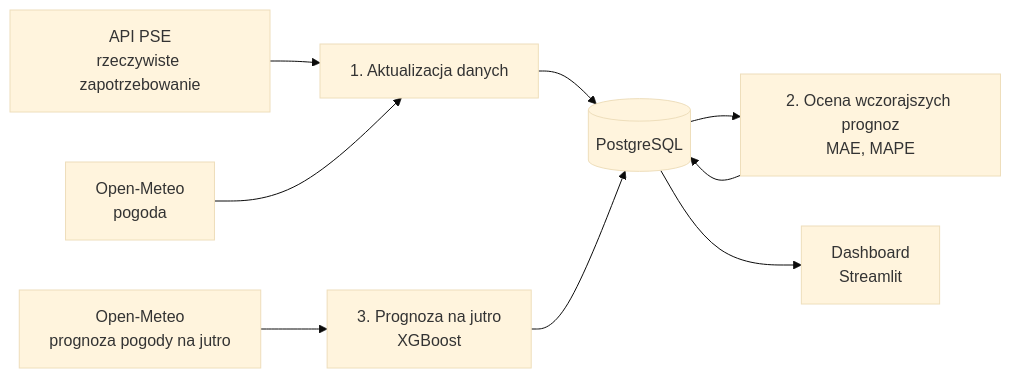
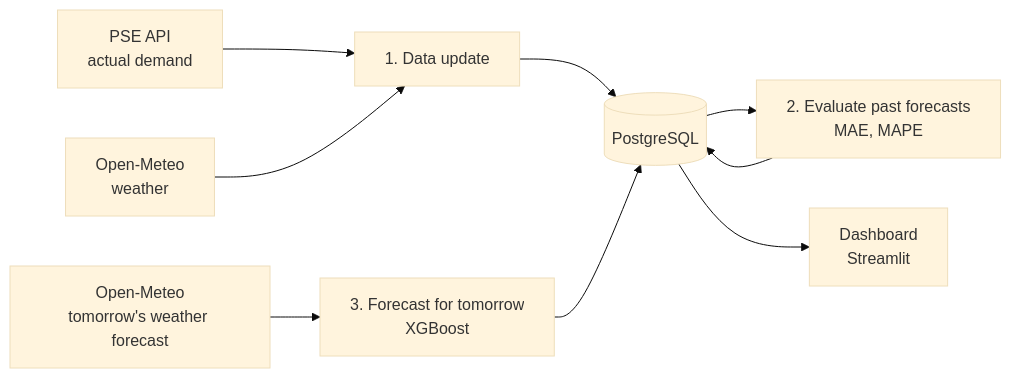
One commit to michalk582/predictor changed the diagram in README.md. Above: the diagram before and after it, drawn with Mermaid (base theme). The commit also changed other lines of this file, not shown here.

````diff
--- a/README.md
+++ b/README.md
@@ -15,11 +15,11 @@
 ```mermaid
 flowchart LR
-    PSE[API PSE<br/>rzeczywiste zapotrzebowanie] --> U[1. Aktualizacja danych]
-    OM[Open-Meteo<br/>pogoda] --> U
+    PSE[PSE API<br/>actual demand] --> U[1. Data update]
+    OM[Open-Meteo<br/>weather] --> U
     U --> DB[(PostgreSQL)]
-    DB --> E[2. Ocena wczorajszych prognoz<br/>MAE, MAPE]
+    DB --> E[2. Evaluate past forecasts<br/>MAE, MAPE]
     E --> DB
-    OMF[Open-Meteo<br/>prognoza pogody na jutro] --> P[3. Prognoza na jutro<br/>XGBoost]
+    OMF[Open-Meteo<br/>tomorrow's weather forecast] --> P[3. Forecast for tomorrow<br/>XGBoost]
     P --> DB
     DB --> D[Dashboard<br/>Streamlit]
 ```
````
